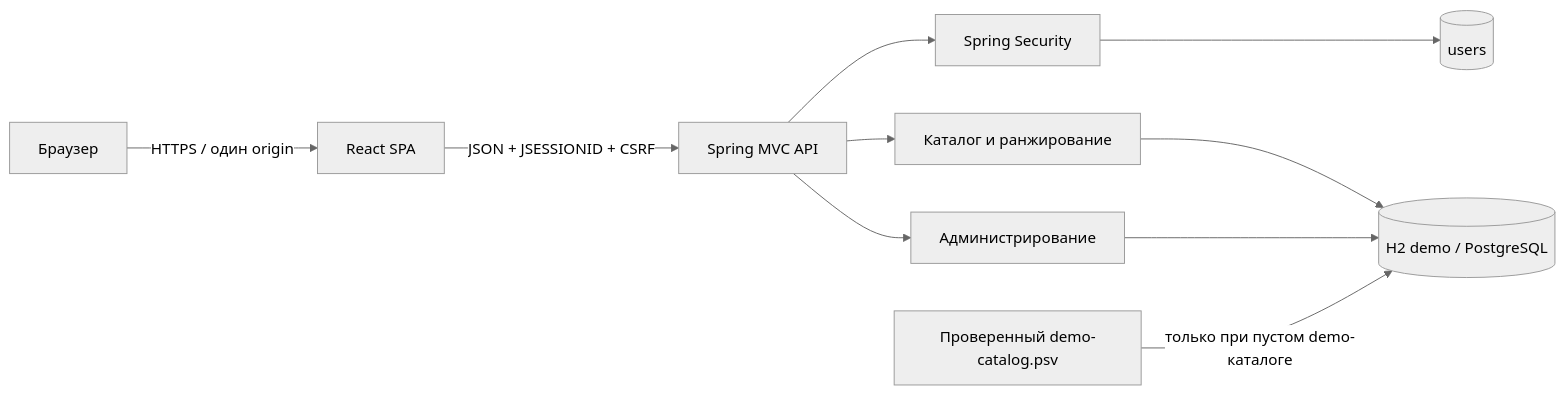
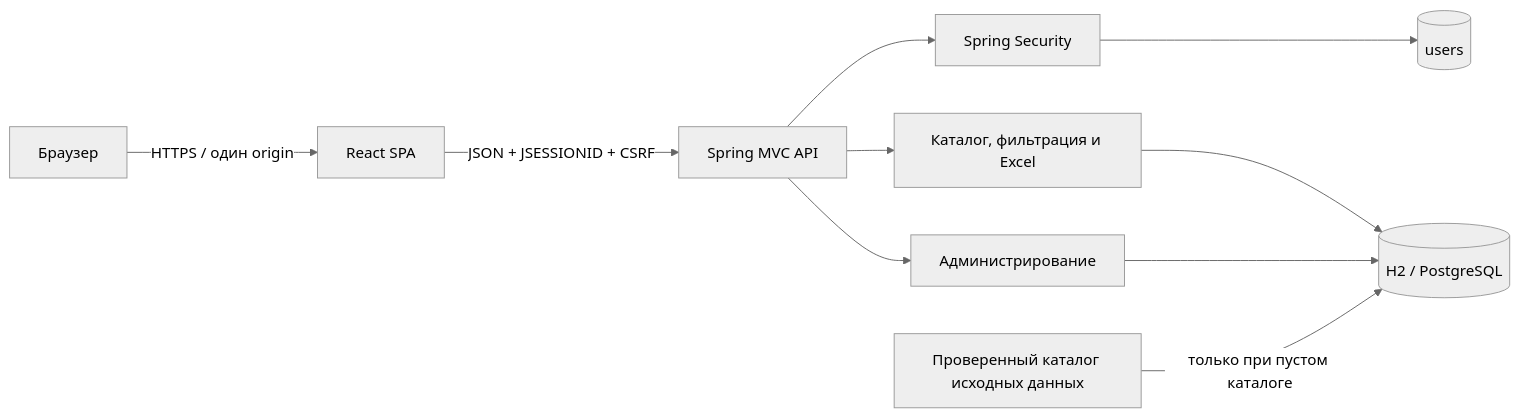
One commit to Bruh9797/Practice changed the diagram in docs/backend/architecture.md. Above: the diagram before and after it, drawn with Mermaid (neutral theme). The commit also changed other lines of this file and 55 other files, not shown here.

Commit message:
finalize catalog characteristics and Excel export

````diff
--- a/docs/backend/architecture.md
+++ b/docs/backend/architecture.md
@@ -7,12 +7,12 @@
 ```mermaid
 flowchart LR
     B[Браузер] -->|HTTPS / один origin| SPA[React SPA]
     SPA -->|JSON + JSESSIONID + CSRF| API[Spring MVC API]
     API --> SEC[Spring Security]
-    API --> CAT[Каталог и ранжирование]
+    API --> CAT[Каталог, фильтрация и Excel]
     API --> ADM[Администрирование]
     SEC --> USERS[(users)]
-    CAT --> DB[(H2 demo / PostgreSQL)]
+    CAT --> DB[(H2 / PostgreSQL)]
     ADM --> DB
-    SEED[Проверенный demo-catalog.psv] -->|только при пустом demo-каталоге| DB
+    SEED[Проверенный каталог исходных данных] -->|только при пустом каталоге| DB
 ```
````
